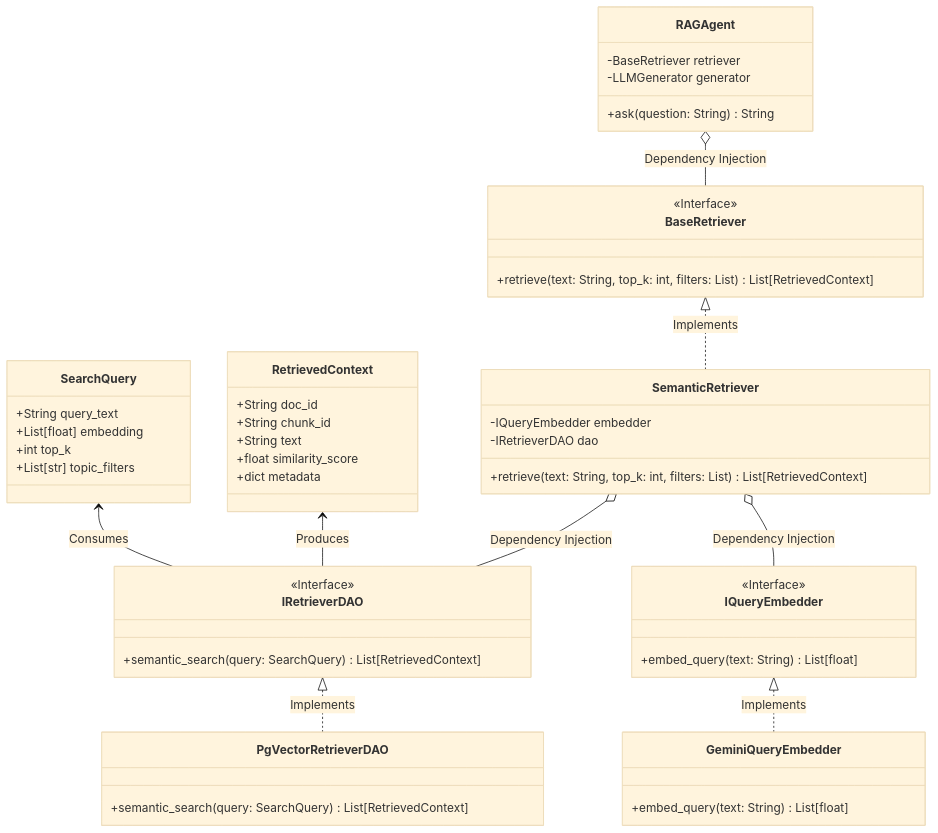
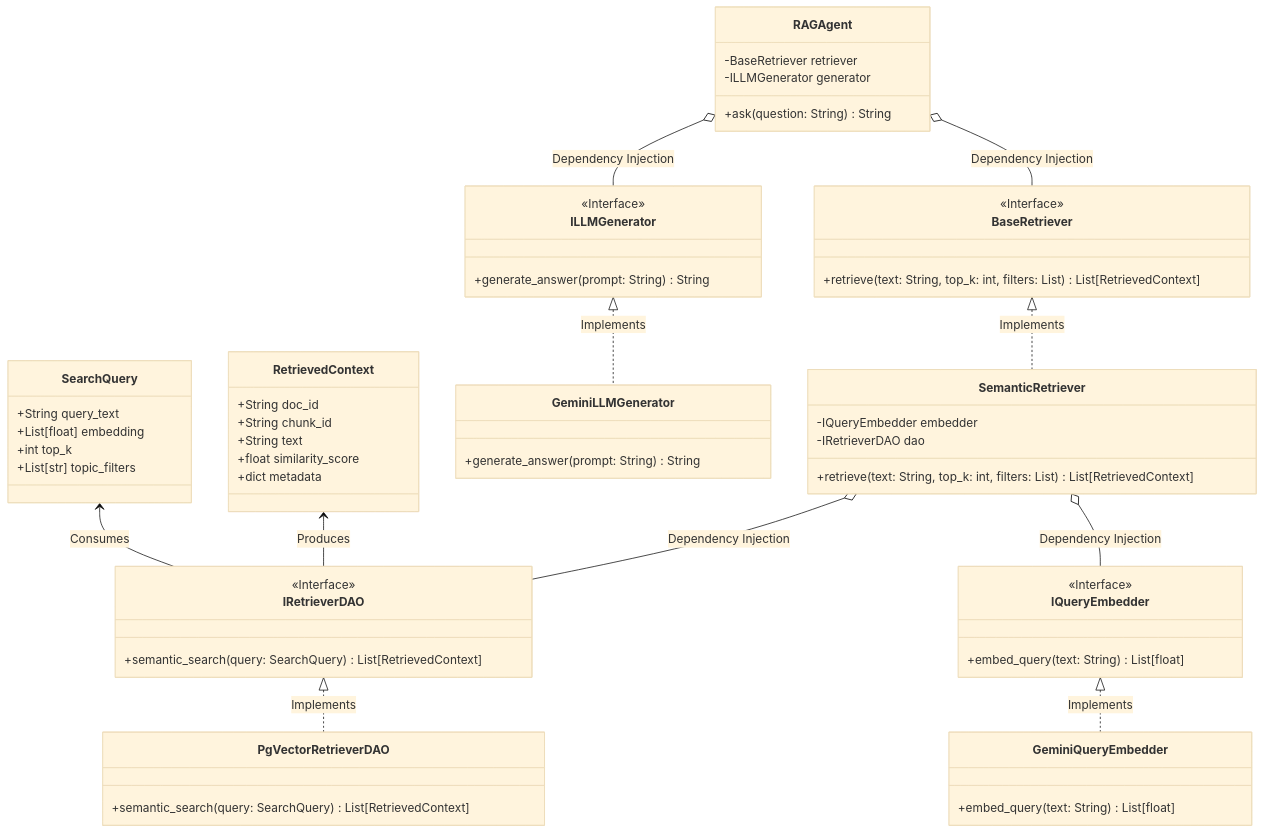
Before and after one commit to nvd11/automated-rag-evaluator: the first of 2 diagrams in docs/phase2_retriever_architecture.md, drawn with Mermaid (base theme).

Commit message:
docs(architecture): sync UML with sequence diagram by adding ILLMGenerator and GeminiLLMGenerator

````diff
--- a/docs/phase2_retriever_architecture.md
+++ b/docs/phase2_retriever_architecture.md
@@ -12,68 +12,79 @@
 ```mermaid
 classDiagram
     %% Data Transfer Objects (Domain Layer)
     class SearchQuery {
         +String query_text
         +List[float] embedding
         +int top_k
         +List[str] topic_filters
     }
     
     class RetrievedContext {
         +String doc_id
         +String chunk_id
         +String text
         +float similarity_score
         +dict metadata
     }
 
     %% Interfaces (Contract Layer)
     class IQueryEmbedder {
         <<Interface>>
         +embed_query(text: String) List[float]
     }
     
     class IRetrieverDAO {
         <<Interface>>
         +semantic_search(query: SearchQuery) List[RetrievedContext]
     }
     
+    class ILLMGenerator {
+        <<Interface>>
+        +generate_answer(prompt: String) String
+    }
+    
     class BaseRetriever {
         <<Interface>>
         +retrieve(text: String, top_k: int, filters: List) List[RetrievedContext]
     }
 
     %% Implementations (Concrete Layer)
     class GeminiQueryEmbedder {
         +embed_query(text: String) List[float]
+    }
+    
+    class GeminiLLMGenerator {
+        +generate_answer(prompt: String) String
     }
     
     class PgVectorRetrieverDAO {
         +semantic_search(query: SearchQuery) List[RetrievedContext]
     }
     
     class SemanticRetriever {
         -IQueryEmbedder embedder
         -IRetrieverDAO dao
         +retrieve(text: String, top_k: int, filters: List) List[RetrievedContext]
     }
 
     class RAGAgent {
         -BaseRetriever retriever
-        -LLMGenerator generator
+        -ILLMGenerator generator
         +ask(question: String) String
     }
 
     RAGAgent o-- BaseRetriever : Dependency Injection
+    RAGAgent o-- ILLMGenerator : Dependency Injection
     
     %% Relationships
     SearchQuery <-- IRetrieverDAO : Consumes
     RetrievedContext <-- IRetrieverDAO : Produces
     
     IQueryEmbedder <|.. GeminiQueryEmbedder : Implements
     IRetrieverDAO <|.. PgVectorRetrieverDAO : Implements
+    ILLMGenerator <|.. GeminiLLMGenerator : Implements
     BaseRetriever <|.. SemanticRetriever : Implements
     
     SemanticRetriever o-- IQueryEmbedder : Dependency Injection
     SemanticRetriever o-- IRetrieverDAO : Dependency Injection
 ```
````
